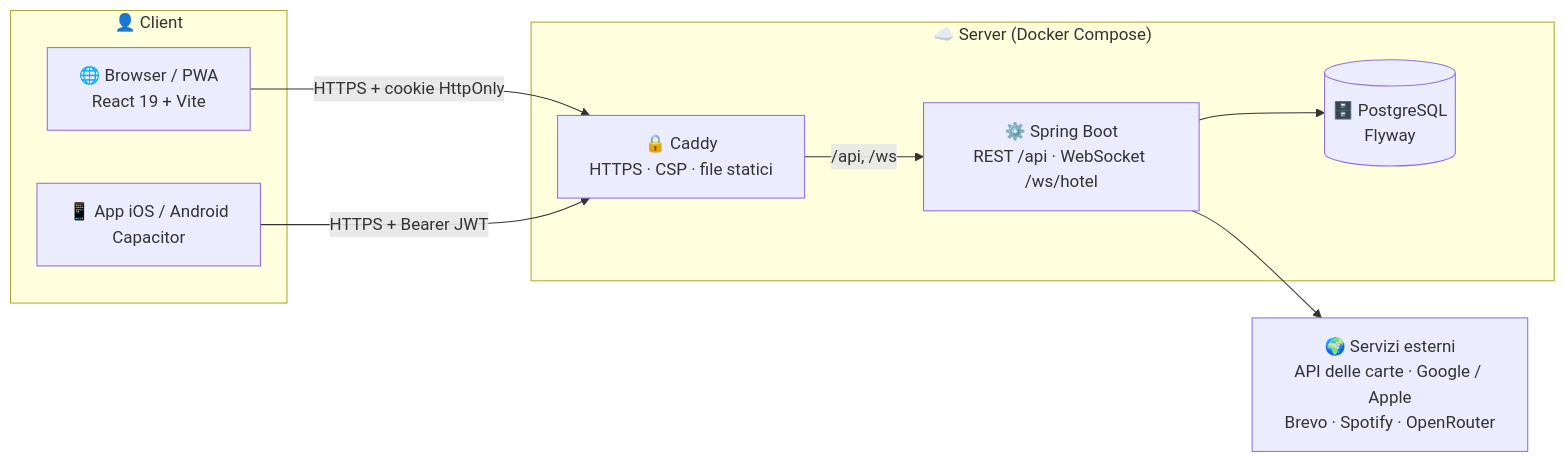
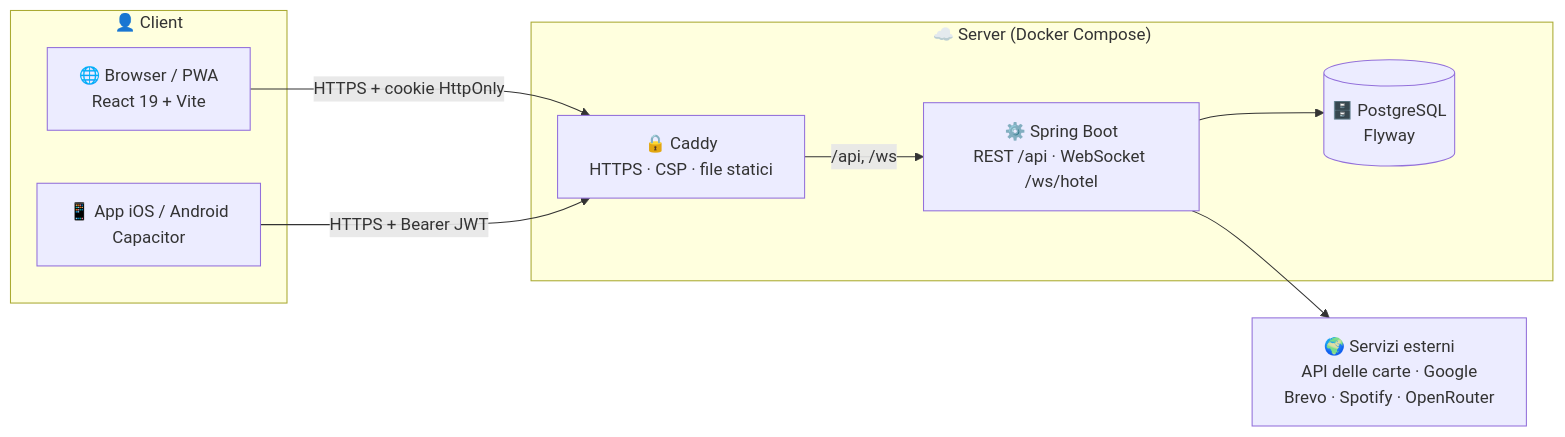
One commit to JusTMeth25/FS0226IT--CAPSTONE changed the diagram in README.md. Above: the diagram before and after it, drawn with Mermaid. The commit also changed other lines of this file and 23 other files, not shown here.

````diff
--- a/README.md
+++ b/README.md
@@ -115,21 +115,21 @@
 ```mermaid
 flowchart LR
     subgraph Client["👤 Client"]
         WEB["🌐 Browser / PWA<br/>React 19 + Vite"]
         APP["📱 App iOS / Android<br/>Capacitor"]
     end
 
     subgraph Server["☁️ Server (Docker Compose)"]
         CADDY["🔒 Caddy<br/>HTTPS · CSP · file statici"]
         API["⚙️ Spring Boot<br/>REST /api · WebSocket /ws/hotel"]
         DB[("🗄️ PostgreSQL<br/>Flyway")]
     end
 
-    EXT["🌍 Servizi esterni<br/>API delle carte · Google / Apple<br/>Brevo · Spotify · OpenRouter"]
+    EXT["🌍 Servizi esterni<br/>API delle carte · Google<br/>Brevo · Spotify · OpenRouter"]
 
     WEB -- "HTTPS + cookie HttpOnly" --> CADDY
     APP -- "HTTPS + Bearer JWT" --> CADDY
     CADDY -- "/api, /ws" --> API
     API --> DB
     API --> EXT
 ```
````
